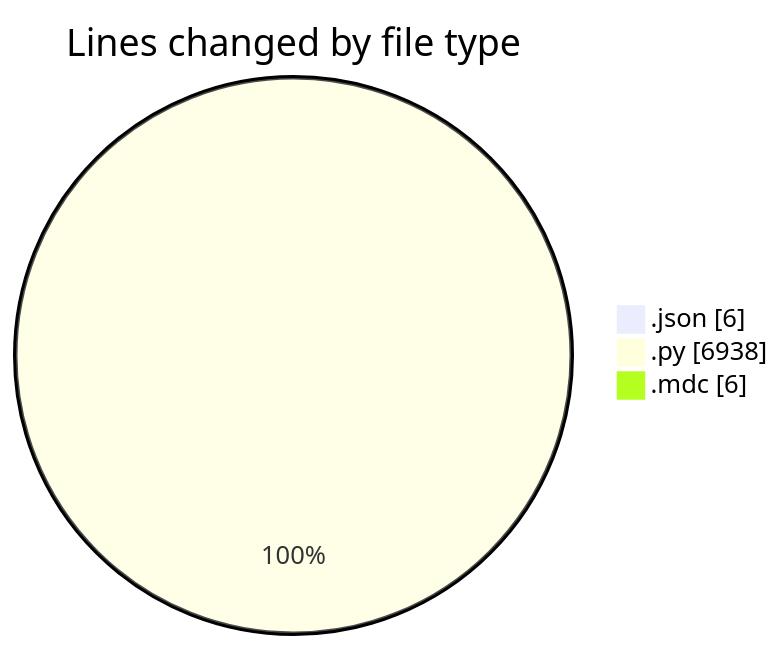
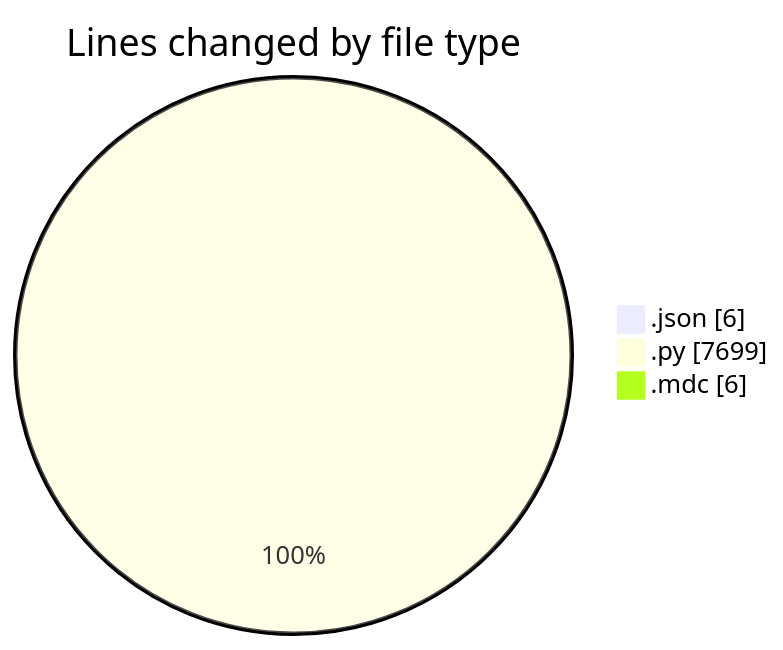
The first of 2 diagrams in 2025-07-16/telebot/README.md (jrari/code-tracking), drawn with Mermaid before and after one commit. The commit also changed other lines of this file and 1 other file, not shown here.

````diff
--- a/2025-07-16/telebot/README.md
+++ b/2025-07-16/telebot/README.md
@@ -27,7 +28,7 @@
 ```mermaid
 pie showData
 title Lines changed by file type
 ".json" : 6
-".py" : 6938
+".py" : 7699
 ".mdc" : 6
 ```
````
